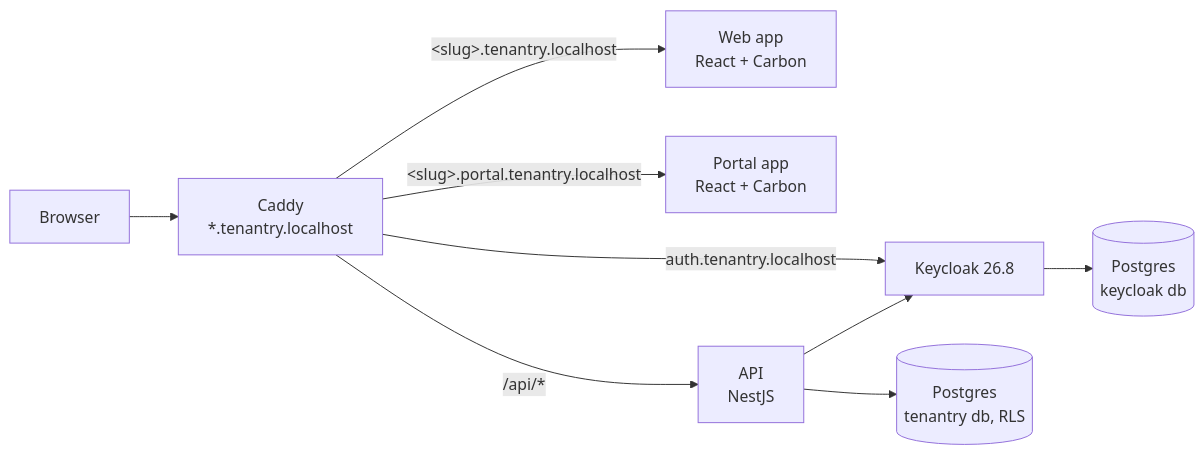
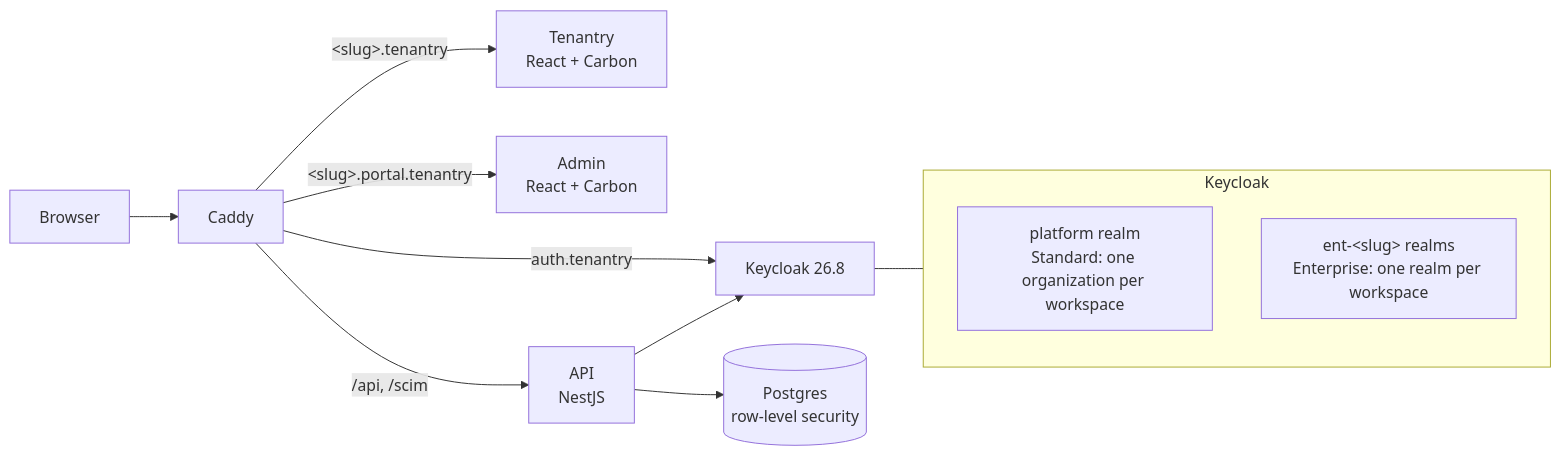
Before and after one commit to mfurqanwork/tenantry-keycloak-multitenancy: the diagram in README.md, drawn with Mermaid. The commit also changed other lines of this file and 11 other files, not shown here.

````diff
--- a/README.md
+++ b/README.md
@@ -93,11 +83,16 @@
 ```mermaid
 flowchart LR
-  browser[Browser] --> caddy[Caddy<br/>*.tenantry.localhost]
-  caddy -->|"&lt;slug&gt;.tenantry.localhost"| web[Web app<br/>React + Carbon]
-  caddy -->|"&lt;slug&gt;.portal.tenantry.localhost"| portal[Portal app<br/>React + Carbon]
-  caddy -->|/api/*| api[API<br/>NestJS]
-  caddy -->|auth.tenantry.localhost| keycloak[Keycloak 26.8]
-  api --> pg[(Postgres<br/>tenantry db, RLS)]
-  keycloak --> kcdb[(Postgres<br/>keycloak db)]
-  api --> keycloak
+  browser[Browser] --> caddy[Caddy]
+  caddy -->|"&lt;slug&gt;.tenantry"| web[Tenantry<br/>React + Carbon]
+  caddy -->|"&lt;slug&gt;.portal.tenantry"| admin[Admin<br/>React + Carbon]
+  caddy -->|/api, /scim| api[API<br/>NestJS]
+  caddy -->|auth.tenantry| kc[Keycloak 26.8]
+  api --> pg[(Postgres<br/>row-level security)]
+  api --> kc
+  subgraph realms[Keycloak]
+    direction TB
+    platform["platform realm<br/>Standard: one organization per workspace"]
+    ent["ent-&lt;slug&gt; realms<br/>Enterprise: one realm per workspace"]
+  end
+  kc --- realms
 ```
````
